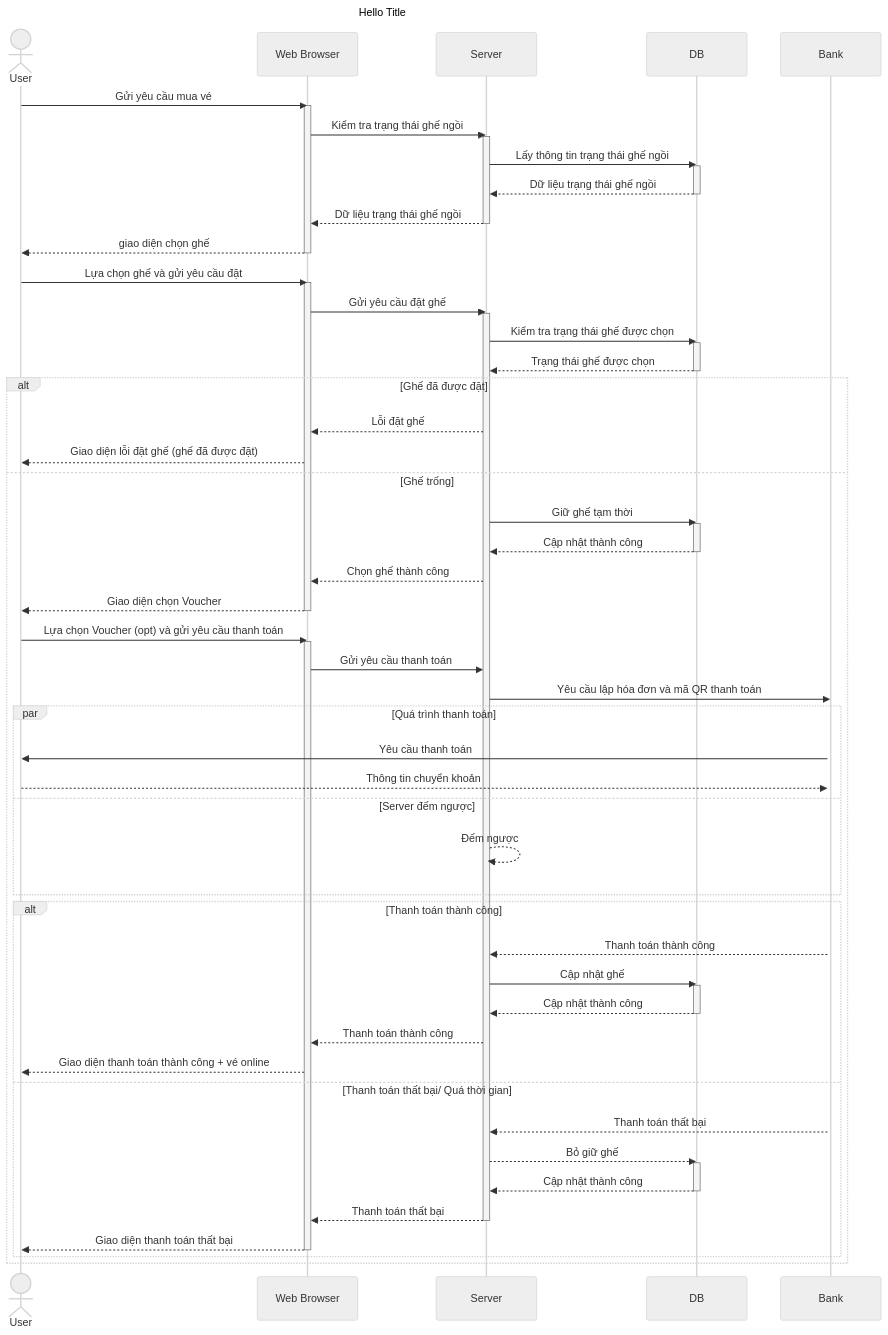
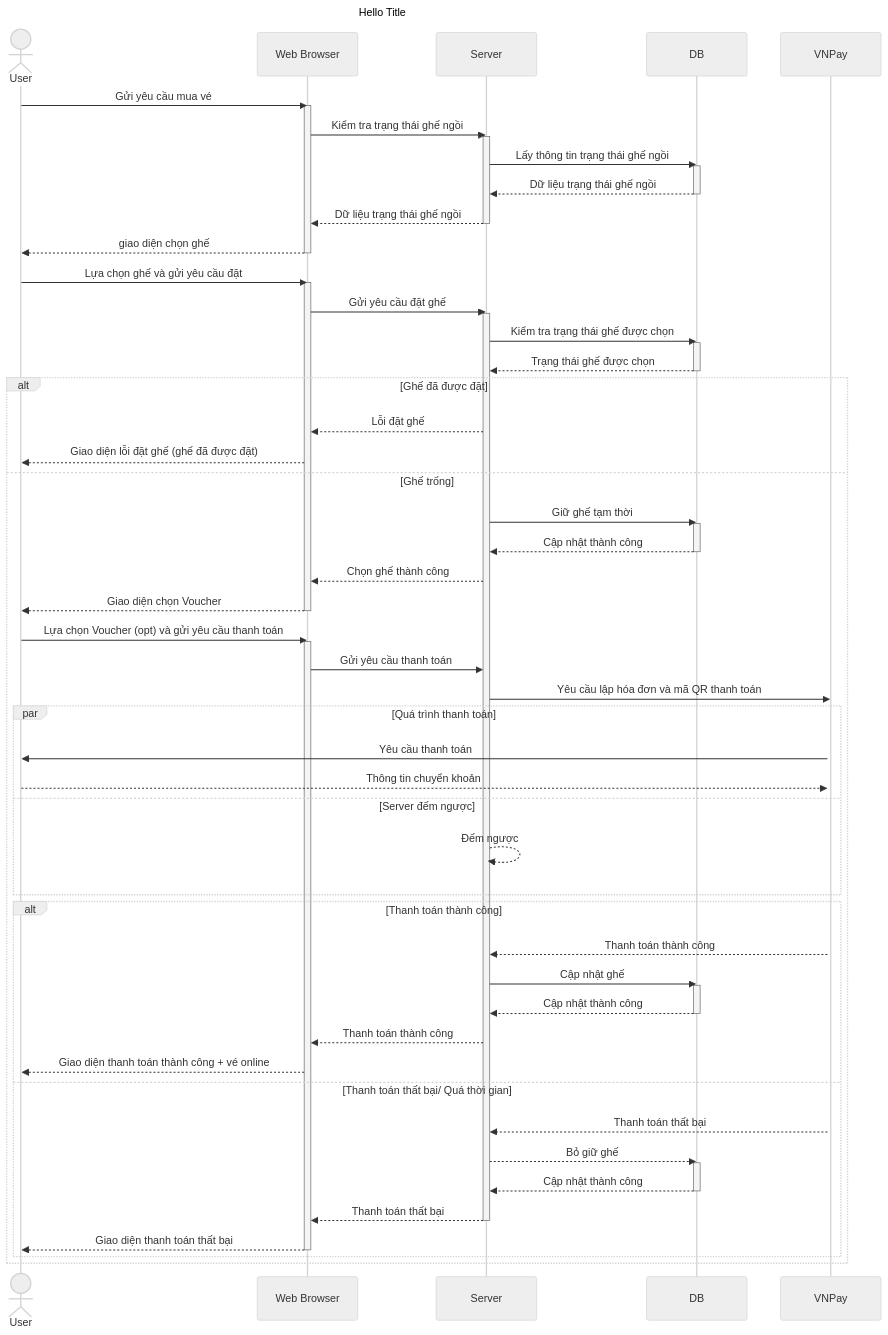
One commit to dvhAoU1374/IT3120-PTTKHT changed the diagram in Sequence Diagram/UC Quản Lý Vé/Đặt-Vé.mmd. Above: the diagram before and after it, drawn with Mermaid. The commit also changed other lines of this file and 1 other file, not shown here.

Commit message:
Sequence Diagram Colab

```diff
--- a/Sequence Diagram/UC Quản Lý Vé/Đặt-Vé.mmd
+++ b/Sequence Diagram/UC Quản Lý Vé/Đặt-Vé.mmd
@@ -1,75 +1,75 @@
 ---
 title: Hello Title
 config:
   theme: "neutral"
 ---
 
 sequenceDiagram
-actor User
-User ->> Web Browser: Gửi yêu cầu mua vé
-activate Web Browser
-Web Browser ->> Server: Kiểm tra trạng thái ghế ngồi
-activate Server
-Server ->> DB: Lấy thông tin trạng thái ghế ngồi
-activate DB
-DB -->> Server: Dữ liệu trạng thái ghế ngồi
-deactivate DB
-Server -->> Web Browser: Dữ liệu trạng thái ghế ngồi
-deactivate Server
-Web Browser -->> User: giao diện chọn ghế
-deactivate Web Browser
+    actor User
+    User ->> Web Browser: Gửi yêu cầu mua vé
+    activate Web Browser
+    Web Browser ->> Server: Kiểm tra trạng thái ghế ngồi
+    activate Server
+    Server ->> DB: Lấy thông tin trạng thái ghế ngồi
+    activate DB
+    DB -->> Server: Dữ liệu trạng thái ghế ngồi
+    deactivate DB
+    Server -->> Web Browser: Dữ liệu trạng thái ghế ngồi
+    deactivate Server
+    Web Browser -->> User: giao diện chọn ghế
+    deactivate Web Browser
 
     User ->> Web Browser: Lựa chọn ghế và gửi yêu cầu đặt
     activate Web Browser
     Web Browser ->> Server: Gửi yêu cầu đặt ghế
     activate Server
     Server ->> DB: Kiểm tra trạng thái ghế được chọn
     activate DB
     DB -->> Server: Trạng thái ghế được chọn
     deactivate DB
 
     alt Ghế đã được đặt
-    Server -->> Web Browser: Lỗi đặt ghế
-    Web Browser -->> User: Giao diện lỗi đặt ghế (ghế đã được đặt)
+        Server -->> Web Browser: Lỗi đặt ghế
+        Web Browser -->> User: Giao diện lỗi đặt ghế (ghế đã được đặt)
 
     else Ghế trống
         Server ->> DB: Giữ ghế tạm thời
         activate DB
         DB -->> Server: Cập nhật thành công
         deactivate DB
         Server -->> Web Browser: Chọn ghế thành công
         Web Browser -->> User: Giao diện chọn Voucher
         deactivate Web Browser
         User ->> Web Browser: Lựa chọn Voucher (opt) và gửi yêu cầu thanh toán
         activate Web Browser
         Web Browser ->> Server: Gửi yêu cầu thanh toán
-        Server ->> Bank: Yêu cầu lập hóa đơn và mã QR thanh toán
-        activate Bank
+        Server ->> VNPay: Yêu cầu lập hóa đơn và mã QR thanh toán
+        activate VNPay
         par Quá trình thanh toán
-            Bank ->> User : Yêu cầu thanh toán
-            User -->> Bank : Thông tin chuyển khoản
+            VNPay ->> User : Yêu cầu thanh toán
+            User -->> VNPay : Thông tin chuyển khoản
         and Server đếm ngược
             Server -->> Server: Đếm ngược
         end
 
         alt Thanh toán thành công
-            Bank -->> Server: Thanh toán thành công
+            VNPay -->> Server: Thanh toán thành công
             Server ->> DB: Cập nhật ghế
             activate DB
             DB -->> Server: Cập nhật thành công
             deactivate DB
             Server -->> Web Browser: Thanh toán thành công
             Web Browser -->> User: Giao diện thanh toán thành công + vé online
 
         else Thanh toán thất bại/ Quá thời gian
-            Bank -->> Server: Thanh toán thất bại
+            VNPay -->> Server: Thanh toán thất bại
             Server -->> DB: Bỏ giữ ghế
             activate DB
             DB -->> Server: Cập nhật thành công
             deactivate DB
             Server -->> Web Browser: Thanh toán thất bại
             deactivate Server
             Web Browser -->> User : Giao diện thanh toán thất bại
             deactivate Web Browser
         end
     end
```
